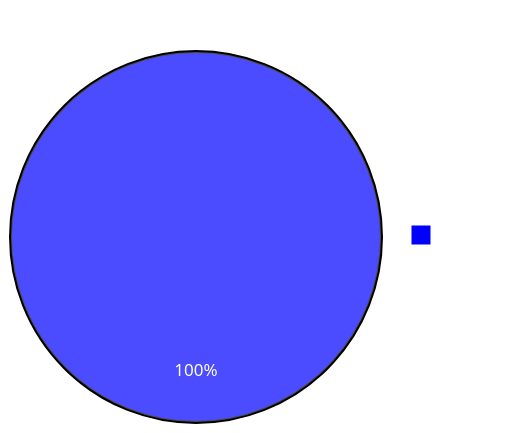
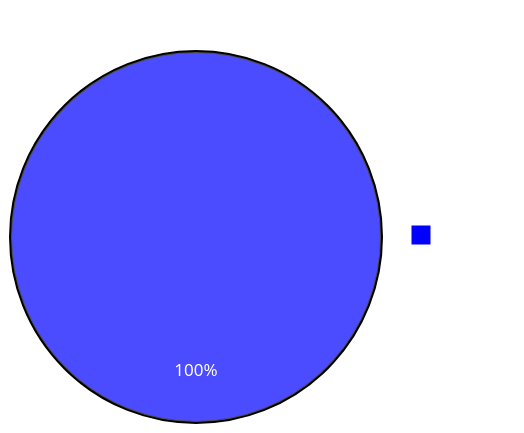
One commit to desenvolvimento03onnet/onnet-comissao-api changed the first of 2 diagrams in README.md. Above: the diagram before and after it, drawn with Mermaid. The commit also changed other lines of this file, not shown here.

````diff
--- a/README.md
+++ b/README.md
@@ -53,13 +53,13 @@
 ```mermaid
     %%{
       init: {
         'theme': 'base',
         'themeVariables': {
           'pie1': '#0000FF',
           'primaryTextColor': '#FFFFFF'
         }
       }
     }%%
     pie title Rotas
-    "Progresso" : 100
+    "Concluído" : 100
 ```
````
